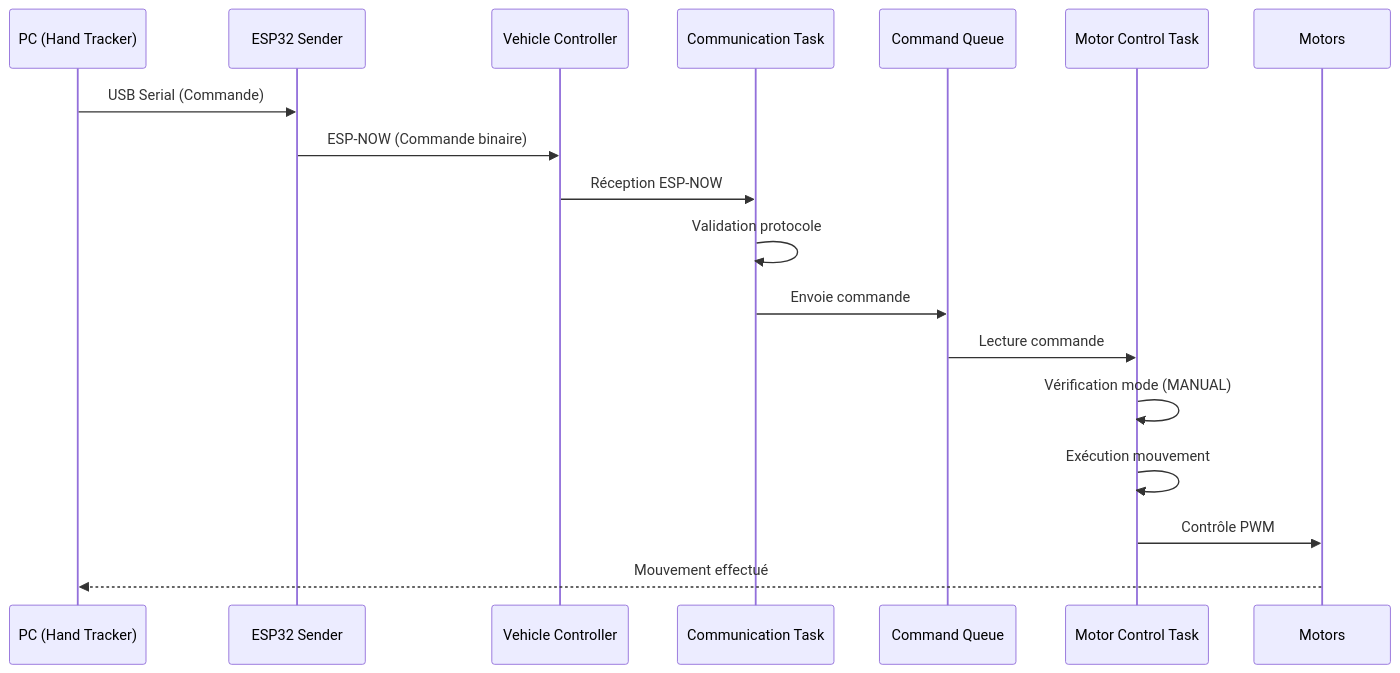
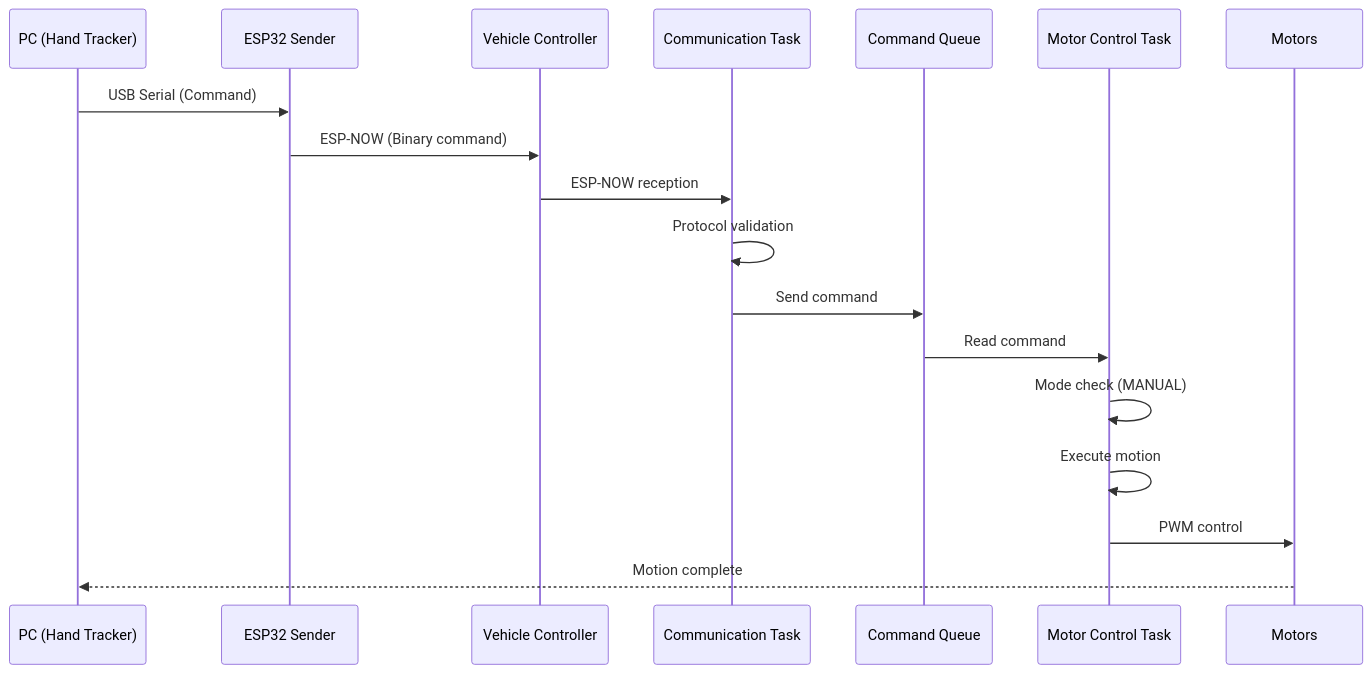
One commit to Yaniv23/final-project-gesture-car changed the fifth of 17 diagrams in docs/architecture.md. Above: the diagram before and after it, drawn with Mermaid. The commit also changed other lines of this file and 16 other files, not shown here.

````diff
--- a/docs/architecture.md
+++ b/docs/architecture.md
@@ -240,21 +226,21 @@
 ```mermaid
 sequenceDiagram
     participant PC as PC (Hand Tracker)
     participant Sender as ESP32 Sender
     participant Vehicle as Vehicle Controller
     participant Comm as Communication Task
     participant Queue as Command Queue
     participant Motor as Motor Control Task
     participant Motors as Motors
     
-    PC->>Sender: USB Serial (Commande)
-    Sender->>Vehicle: ESP-NOW (Commande binaire)
-    Vehicle->>Comm: Réception ESP-NOW
-    Comm->>Comm: Validation protocole
-    Comm->>Queue: Envoie commande
-    Queue->>Motor: Lecture commande
-    Motor->>Motor: Vérification mode (MANUAL)
-    Motor->>Motor: Exécution mouvement
-    Motor->>Motors: Contrôle PWM
-    Motors-->>PC: Mouvement effectué
+    PC->>Sender: USB Serial (Command)
+    Sender->>Vehicle: ESP-NOW (Binary command)
+    Vehicle->>Comm: ESP-NOW reception
+    Comm->>Comm: Protocol validation
+    Comm->>Queue: Send command
+    Queue->>Motor: Read command
+    Motor->>Motor: Mode check (MANUAL)
+    Motor->>Motor: Execute motion
+    Motor->>Motors: PWM control
+    Motors-->>PC: Motion complete
 ```
````
